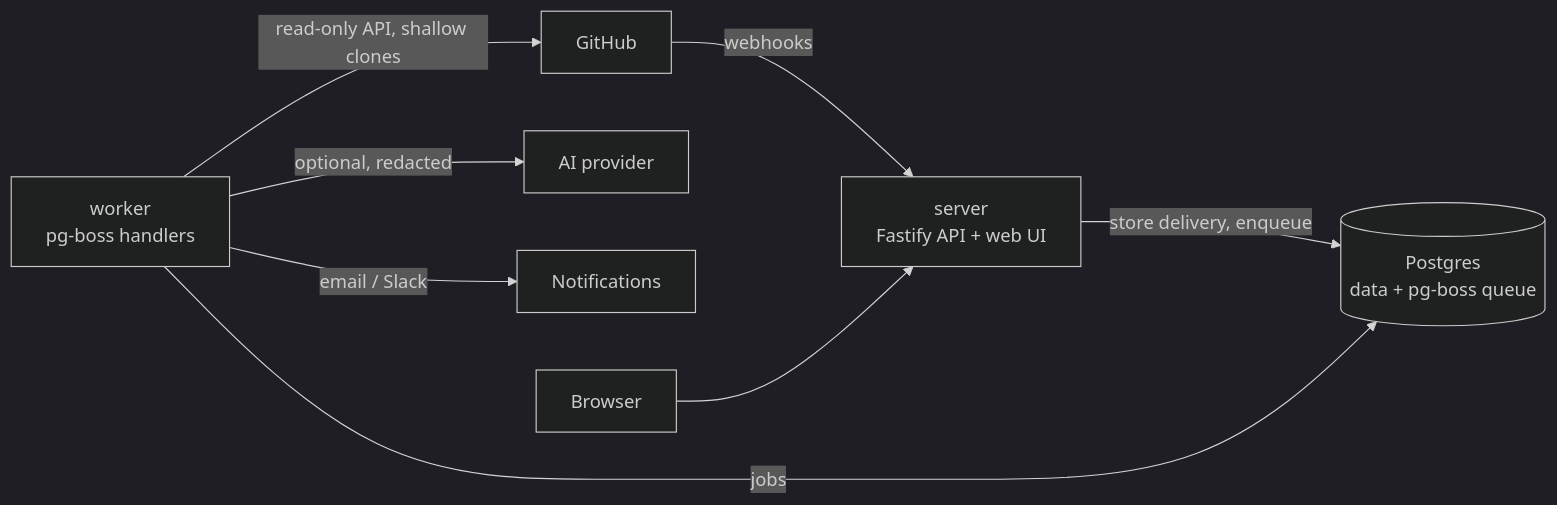
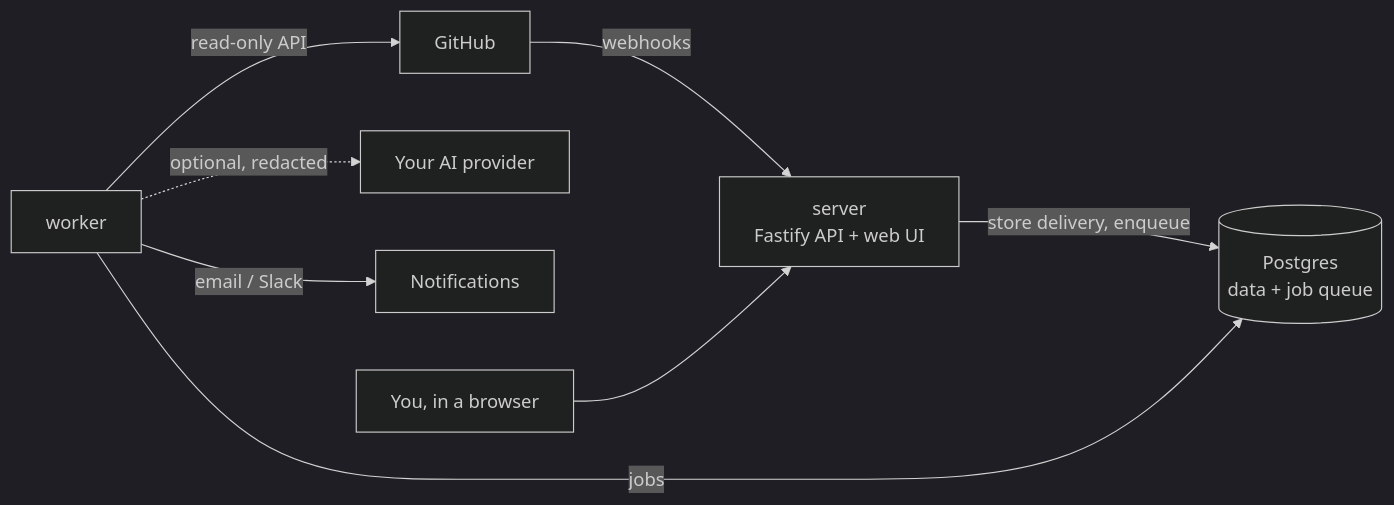
One commit to arvind-007/git-merge-pilot changed the diagram in README.md. Above: the diagram before and after it, drawn with Mermaid (dark theme). The commit also changed other lines of this file, not shown here.

````diff
--- a/README.md
+++ b/README.md
@@ -133,10 +204,10 @@
 ```mermaid
 flowchart LR
   GH[GitHub] -- webhooks --> S[server<br/>Fastify API + web UI]
-  S -- store delivery, enqueue --> PG[(Postgres<br/>data + pg-boss queue)]
-  W[worker<br/>pg-boss handlers] -- jobs --> PG
-  W -- read-only API, shallow clones --> GH
-  W -- optional, redacted --> AI[AI provider]
+  S -- store delivery, enqueue --> PG[(Postgres<br/>data + job queue)]
+  W[worker] -- jobs --> PG
+  W -- read-only API --> GH
+  W -. optional, redacted .-> AI[Your AI provider]
   W -- email / Slack --> N[Notifications]
-  U[Browser] --> S
+  U[You, in a browser] --> S
 ```
````
